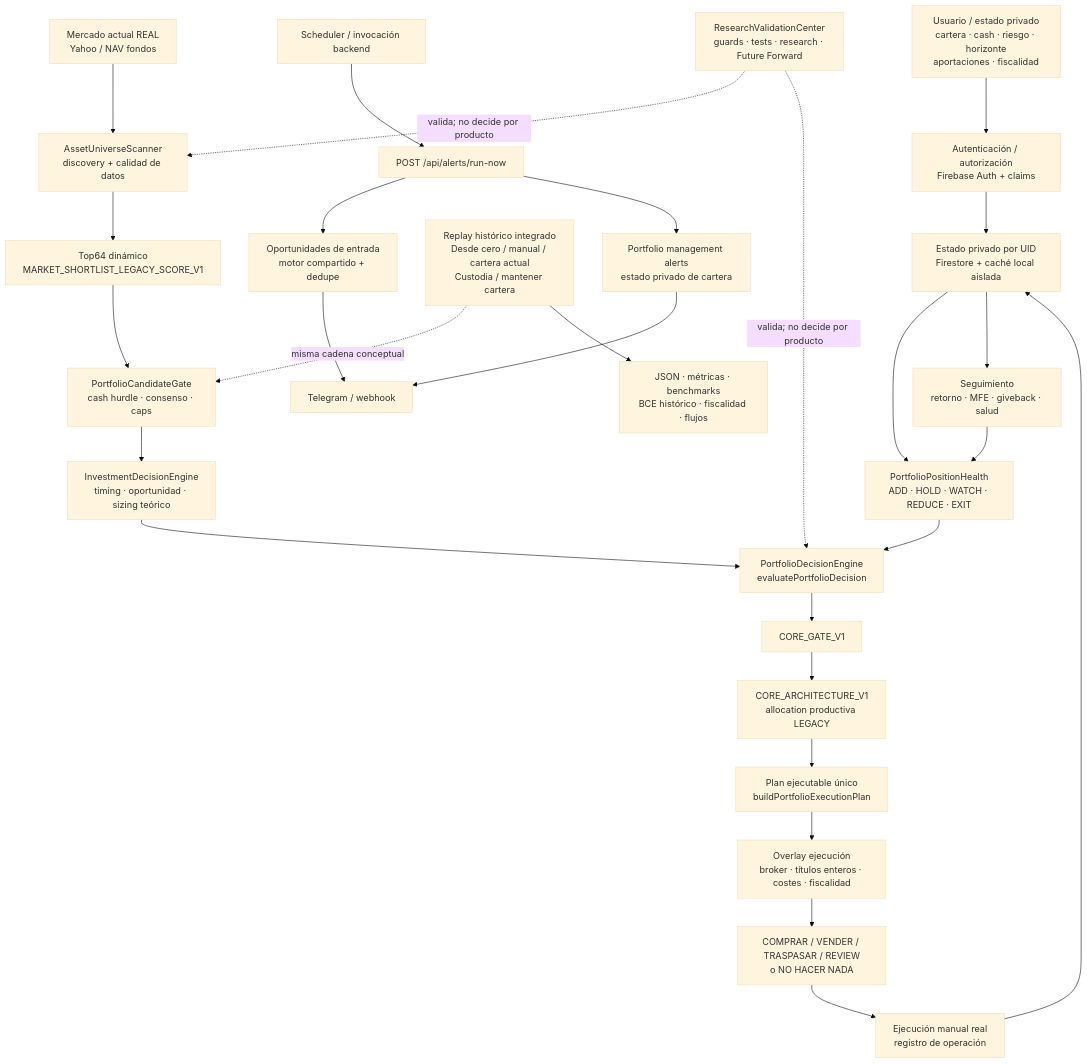
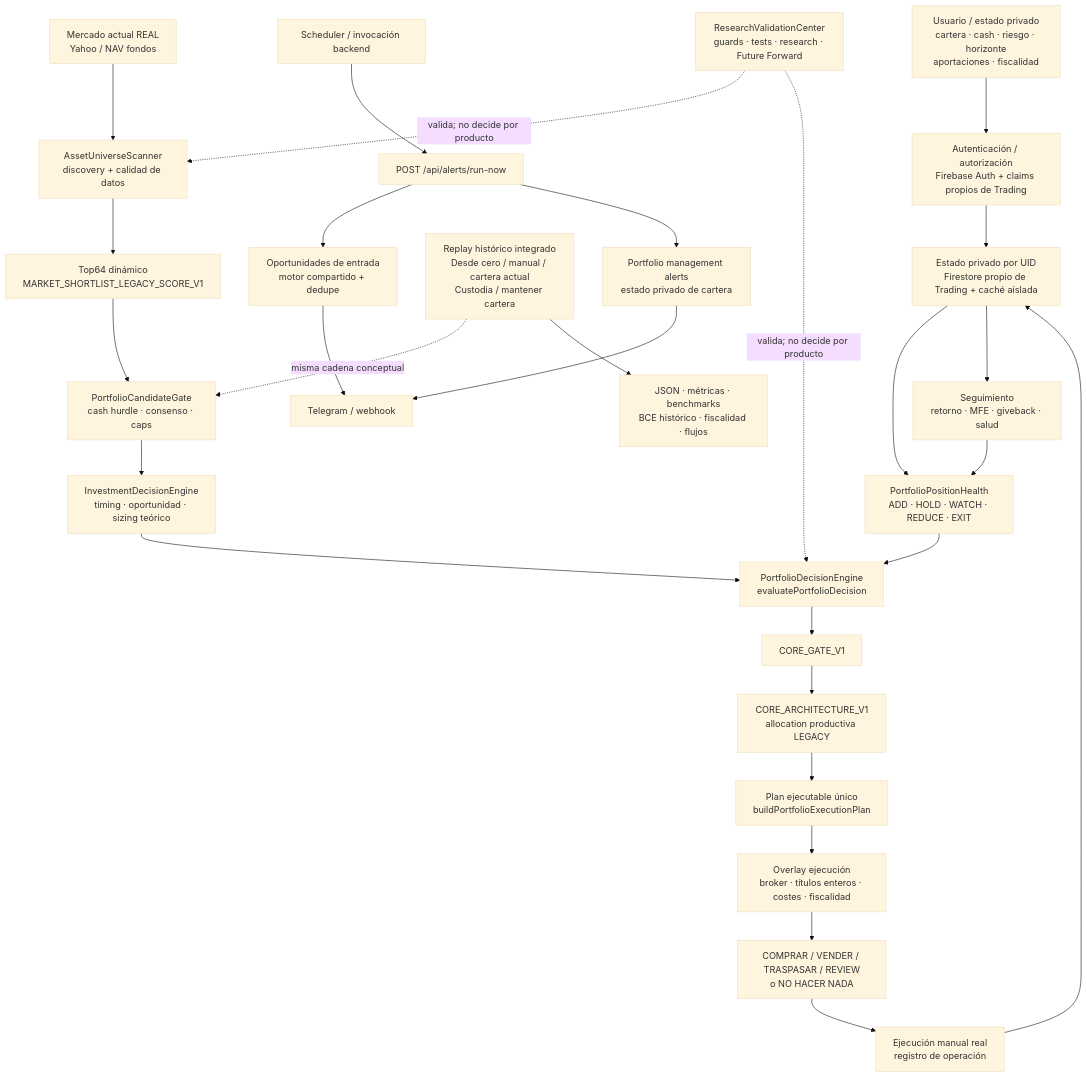
Before and after one commit to fmaranis/Trading: the diagram in docs/APP_FLOW_AND_ROADMAP.md, drawn with Mermaid (base theme). The commit also changed other lines of this file, not shown here.

Commit message:
Align roadmap with independent Cubetos reference and current phase priorities

````diff
--- a/docs/APP_FLOW_AND_ROADMAP.md
+++ b/docs/APP_FLOW_AND_ROADMAP.md
@@ -64,35 +66,35 @@
 ```mermaid
 flowchart TD
-    U[Usuario / estado privado<br/>cartera · cash · riesgo · horizonte<br/>aportaciones · fiscalidad] --> AUTH[Autenticación / autorización<br/>Firebase Auth + claims]
-    AUTH --> STATE[Estado privado por UID<br/>Firestore + caché local aislada]
+    U[Usuario / estado privado<br/>cartera · cash · riesgo · horizonte<br/>aportaciones · fiscalidad] --> AUTH[Autenticación / autorización<br/>Firebase Auth + claims propios de Trading]
+    AUTH --> STATE[Estado privado por UID<br/>Firestore propio de Trading + caché aislada]
 
     M[Mercado actual REAL<br/>Yahoo / NAV fondos] --> SCAN[AssetUniverseScanner<br/>discovery + calidad de datos]
     SCAN --> TOP[Top64 dinámico<br/>MARKET_SHORTLIST_LEGACY_SCORE_V1]
     TOP --> GATE[PortfolioCandidateGate<br/>cash hurdle · consenso · caps]
     GATE --> IDE[InvestmentDecisionEngine<br/>timing · oportunidad · sizing teórico]
 
     STATE --> HEALTH[PortfolioPositionHealth<br/>ADD · HOLD · WATCH · REDUCE · EXIT]
     IDE --> PDE[PortfolioDecisionEngine<br/>evaluatePortfolioDecision]
     HEALTH --> PDE
     PDE --> CG[CORE_GATE_V1]
     CG --> CA[CORE_ARCHITECTURE_V1<br/>allocation productiva LEGACY]
     CA --> PLAN[Plan ejecutable único<br/>buildPortfolioExecutionPlan]
     PLAN --> TAX[Overlay ejecución<br/>broker · títulos enteros · costes · fiscalidad]
     TAX --> ACTION[COMPRAR / VENDER / TRASPASAR / REVIEW<br/>o NO HACER NADA]
     ACTION --> EXEC[Ejecución manual real<br/>registro de operación]
     EXEC --> STATE
     STATE --> FOLLOW[Seguimiento<br/>retorno · MFE · giveback · salud]
     FOLLOW --> HEALTH
 
     REPLAY[Replay histórico integrado<br/>Desde cero / manual / cartera actual<br/>Custodia / mantener cartera] -. misma cadena conceptual .-> GATE
     REPLAY --> EVID[JSON · métricas · benchmarks<br/>BCE histórico · fiscalidad · flujos]
 
     RVC[ResearchValidationCenter<br/>guards · tests · research · Future Forward] -. valida; no decide por producto .-> SCAN
     RVC -. valida; no decide por producto .-> PDE
 
     SCHED[Scheduler / invocación backend] --> ALERT[POST /api/alerts/run-now]
     ALERT --> ENTRY[Oportunidades de entrada<br/>motor compartido + dedupe]
     ALERT --> PM[Portfolio management alerts<br/>estado privado de cartera]
     ENTRY --> NOTIF[Telegram / webhook]
     PM --> NOTIF
 ```
````
